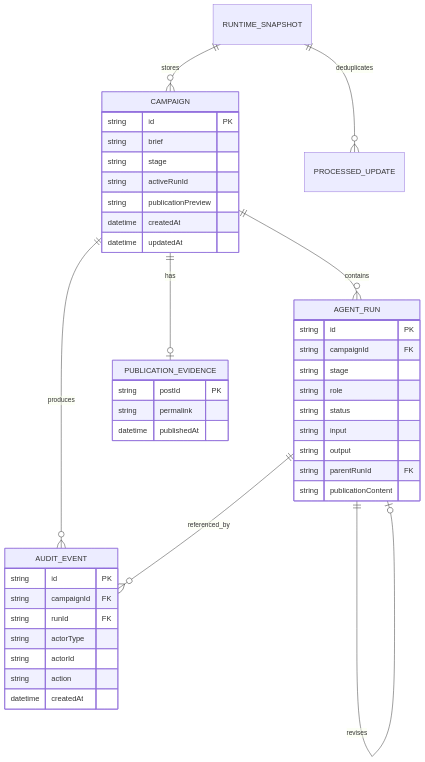
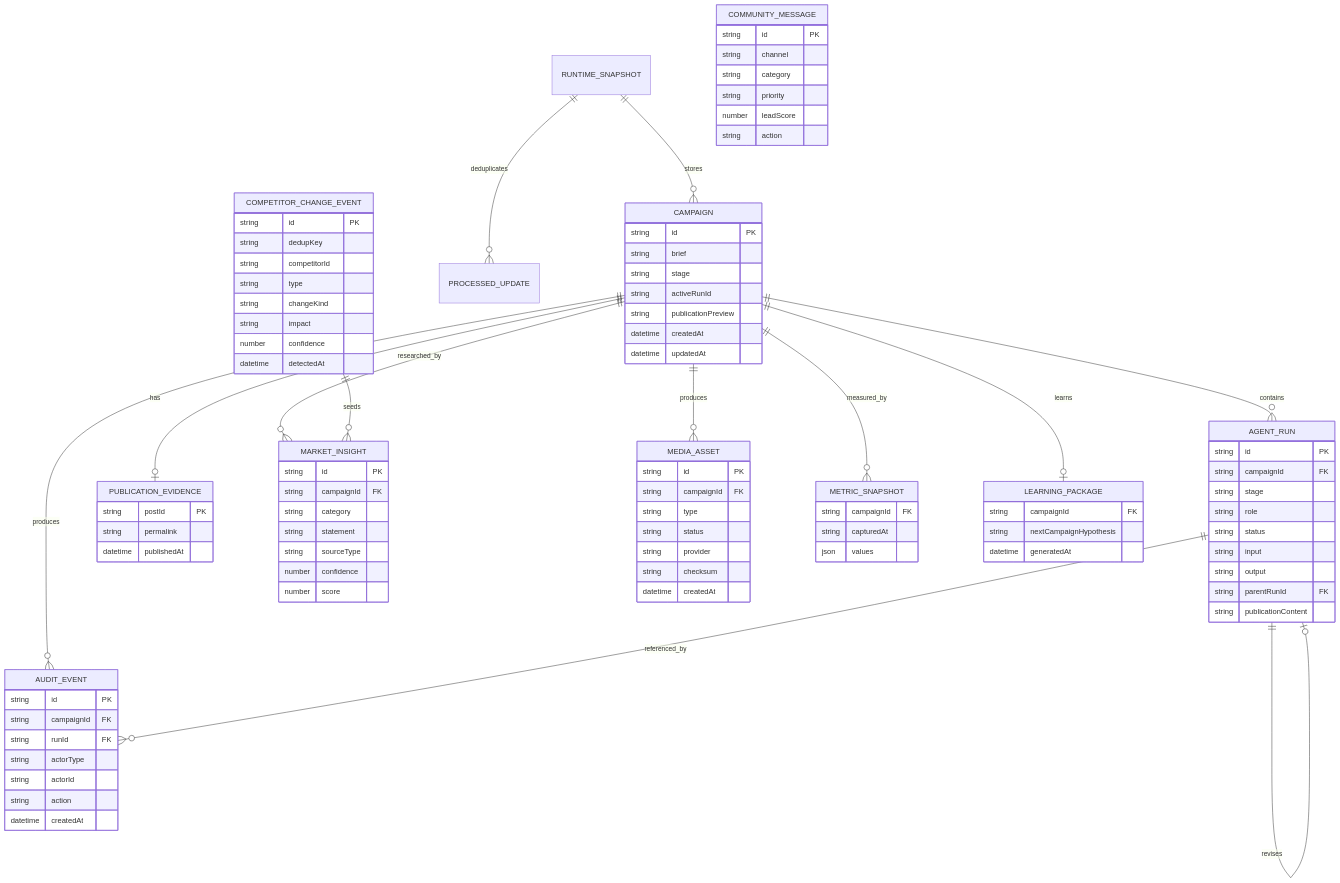
One commit to Harry-Kien/AI_Agent_marketing changed diagram 11 of 13 in docs/TAI_LIEU_THIET_KE_VA_TRINH_BAY_HE_THONG_AI_AGENT_MARKETING_2026.md. Above: the diagram before and after it, drawn with Mermaid. The commit also changed other lines of this file and 4 other files, not shown here.

First line of the commit message:
docs(thesis): sync design doc and diagrams with capability modules

````diff
--- a/docs/TAI_LIEU_THIET_KE_VA_TRINH_BAY_HE_THONG_AI_AGENT_MARKETING_2026.md
+++ b/docs/TAI_LIEU_THIET_KE_VA_TRINH_BAY_HE_THONG_AI_AGENT_MARKETING_2026.md
@@ -459,6 +501,11 @@
     CAMPAIGN ||--o| PUBLICATION_EVIDENCE : has
     RUNTIME_SNAPSHOT ||--o{ CAMPAIGN : stores
     RUNTIME_SNAPSHOT ||--o{ PROCESSED_UPDATE : deduplicates
+    CAMPAIGN ||--o{ MARKET_INSIGHT : researched_by
+    CAMPAIGN ||--o{ MEDIA_ASSET : produces
+    CAMPAIGN ||--o{ METRIC_SNAPSHOT : measured_by
+    CAMPAIGN ||--o| LEARNING_PACKAGE : learns
+    COMPETITOR_CHANGE_EVENT ||--o{ MARKET_INSIGHT : seeds
 
     CAMPAIGN {
       string id PK
@@ -494,4 +541,50 @@
       string permalink
       datetime publishedAt
     }
+    COMPETITOR_CHANGE_EVENT {
+      string id PK
+      string dedupKey
+      string competitorId
+      string type
+      string changeKind
+      string impact
+      number confidence
+      datetime detectedAt
+    }
+    MARKET_INSIGHT {
+      string id PK
+      string campaignId FK
+      string category
+      string statement
+      string sourceType
+      number confidence
+      number score
+    }
+    MEDIA_ASSET {
+      string id PK
+      string campaignId FK
+      string type
+      string status
+      string provider
+      string checksum
+      datetime createdAt
+    }
+    METRIC_SNAPSHOT {
+      string campaignId FK
+      string capturedAt
+      json values
+    }
+    LEARNING_PACKAGE {
+      string campaignId FK
+      string nextCampaignHypothesis
+      datetime generatedAt
+    }
+    COMMUNITY_MESSAGE {
+      string id PK
+      string channel
+      string category
+      string priority
+      number leadScore
+      string action
+    }
 ```
````
